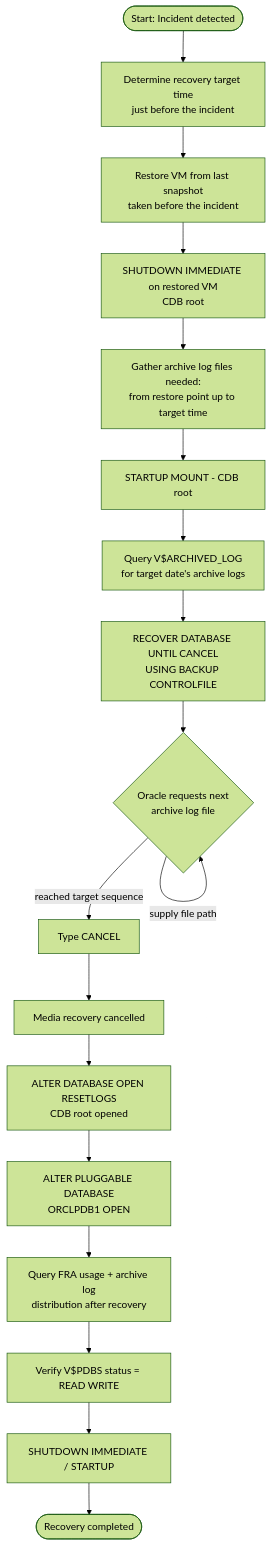
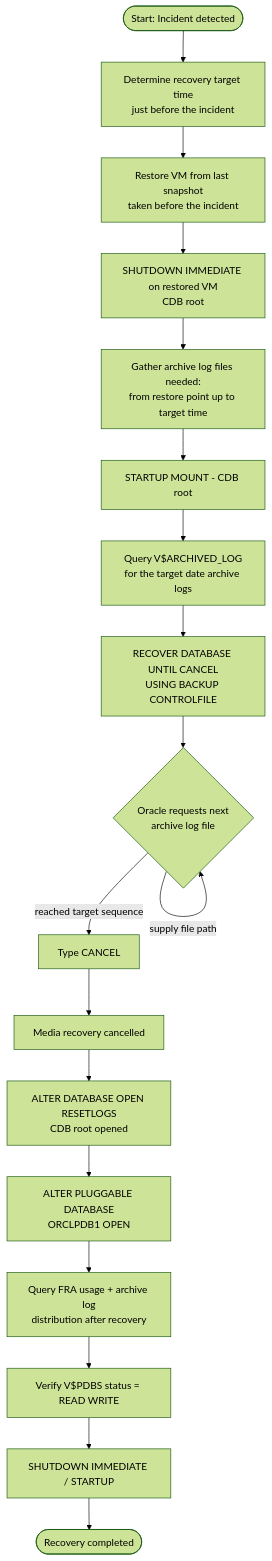
The first of 2 diagrams in oracle-19c-recovery-database-before-crash-windows.md (seeomkus/oracle-rman), drawn with Mermaid (forest theme) before and after one commit. The commit also changed 2 other files, not shown here.

Commit message:
Fix unpaired apostrophe breaking Mermaid flowchart in Windows recovery docs
The node label "for target date's archive logs" contained an unpaired
single quote inside the flowchart node text, breaking Mermaid parsing
on GitHub for the 11g/12c/19c Windows recovery documents.

````diff
--- a/oracle-19c-recovery-database-before-crash-windows.md
+++ b/oracle-19c-recovery-database-before-crash-windows.md
@@ -36,20 +36,20 @@
 ```mermaid
 flowchart TD
     A([Start: Incident detected]) --> B[Determine recovery target time<br/>just before the incident]
     B --> C[Restore VM from last snapshot<br/>taken before the incident]
     C --> D[SHUTDOWN IMMEDIATE on restored VM<br/>CDB root]
     D --> E[Gather archive log files needed:<br/>from restore point up to target time]
     E --> F[STARTUP MOUNT - CDB root]
-    F --> G[Query V$ARCHIVED_LOG<br/>for target date's archive logs]
+    F --> G[Query V$ARCHIVED_LOG<br/>for the target date archive logs]
     G --> H[RECOVER DATABASE UNTIL CANCEL<br/>USING BACKUP CONTROLFILE]
     H --> I{Oracle requests next<br/>archive log file}
     I -- supply file path --> I
     I -- reached target sequence --> J[Type CANCEL]
     J --> K[Media recovery cancelled]
     K --> L[ALTER DATABASE OPEN RESETLOGS<br/>CDB root opened]
     L --> M[ALTER PLUGGABLE DATABASE<br/>ORCLPDB1 OPEN]
     M --> N[Query FRA usage + archive log<br/>distribution after recovery]
     N --> O[Verify V$PDBS status = READ WRITE]
     O --> P[SHUTDOWN IMMEDIATE / STARTUP]
     P --> X0([Recovery completed])
 ```
````
